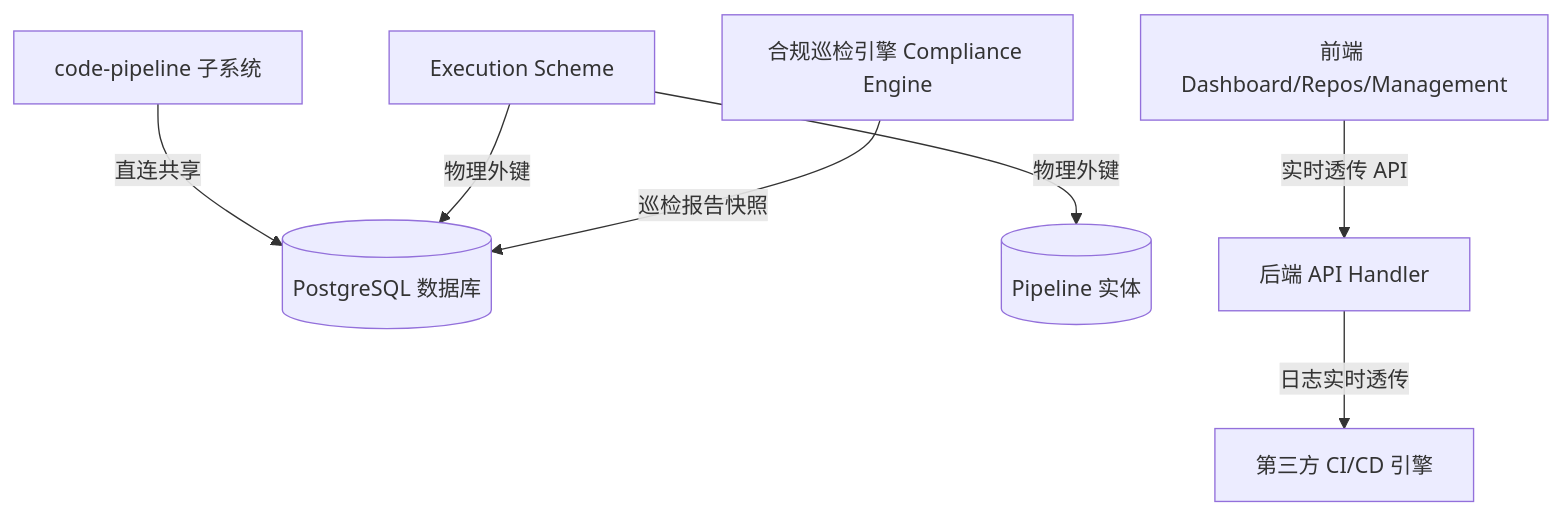
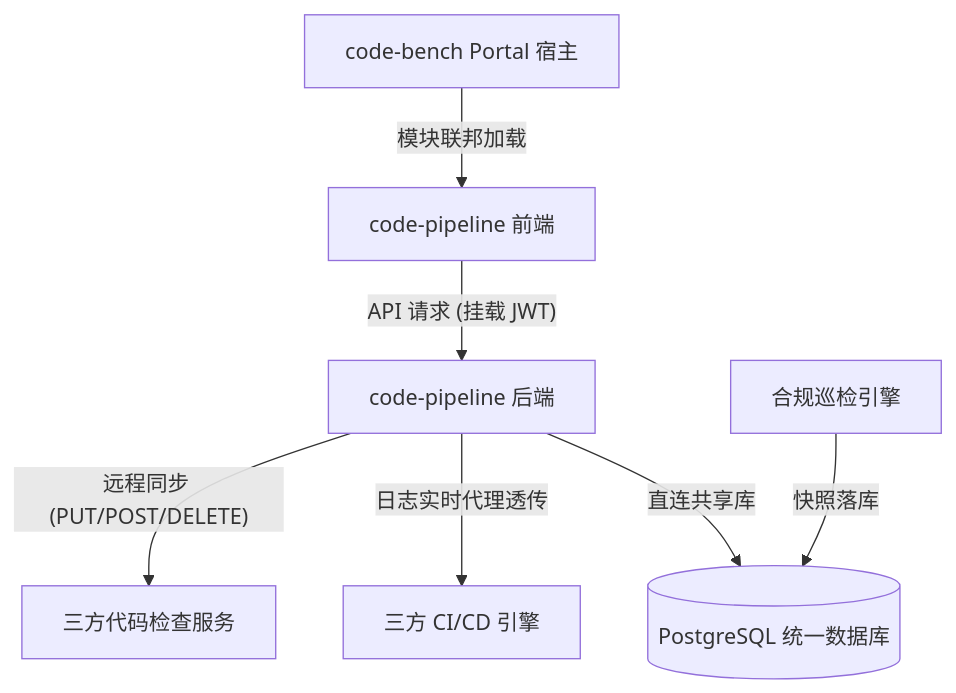
The diagram in README.md (fugui/code-pipeline), drawn with Mermaid before and after one commit. The commit also changed other lines of this file, not shown here.

````diff
--- a/README.md
+++ b/README.md
@@ -20,9 +46,9 @@
 ```mermaid
 graph TD
-    CP[code-pipeline 子系统] -- "直连共享" --> PG[(PostgreSQL 数据库)]
-    ES[Execution Scheme] -->|物理外键| PG
-    ES -->|物理外键| PL[(Pipeline 实体)]
-    CP_Engine[合规巡检引擎 Compliance Engine] -->|巡检报告快照| PG
-    CP_Web[前端 Dashboard/Repos/Management] -- "实时透传 API" --> CP_API[后端 API Handler]
-    CP_API -- "日志实时透传" --> Remote_CI[第三方 CI/CD 引擎]
+    Host[code-bench Portal 宿主] -- "模块联邦加载" --> CP_Web[code-pipeline 前端]
+    CP_Web -- "API 请求 (挂载 JWT)" --> CP_API[code-pipeline 后端]
+    CP_API -- "直连共享库" --> PG[(PostgreSQL 统一数据库)]
+    CP_API -- "日志实时代理透传" --> ThirdParty_CI[三方 CI/CD 引擎]
+    CP_API -- "远程同步 (PUT/POST/DELETE)" --> ThirdParty_Checker[三方代码检查服务]
+    Engine[合规巡检引擎] -->|快照落库| PG
 ```
````
